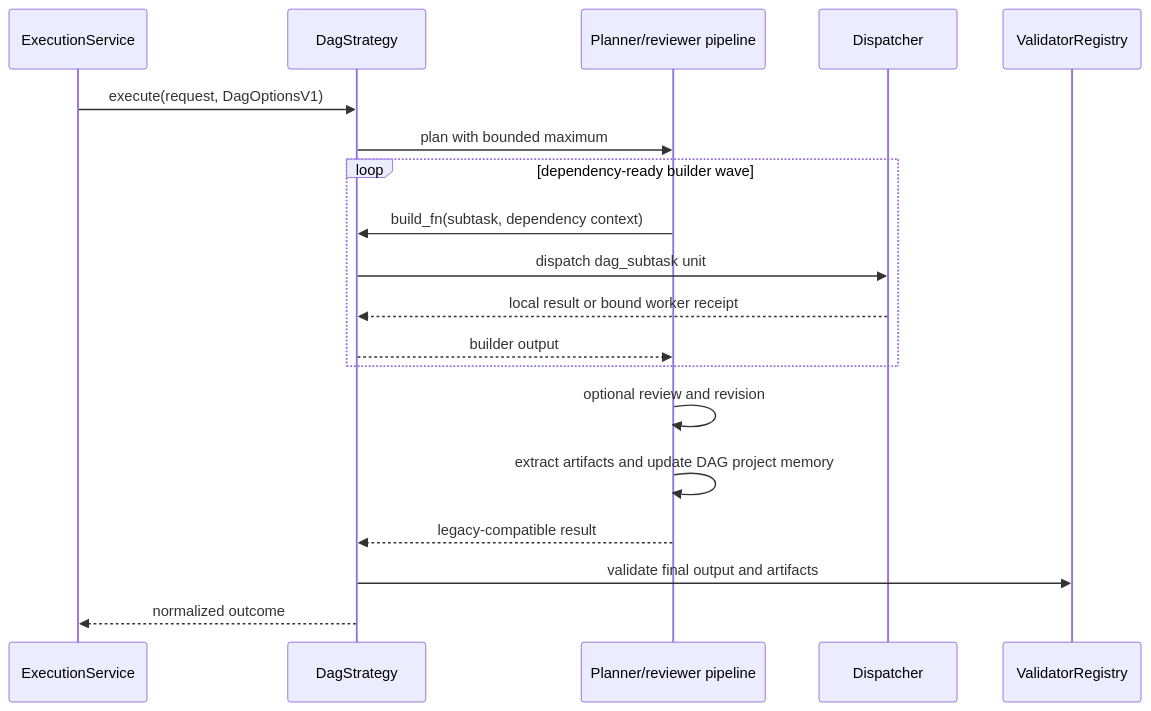
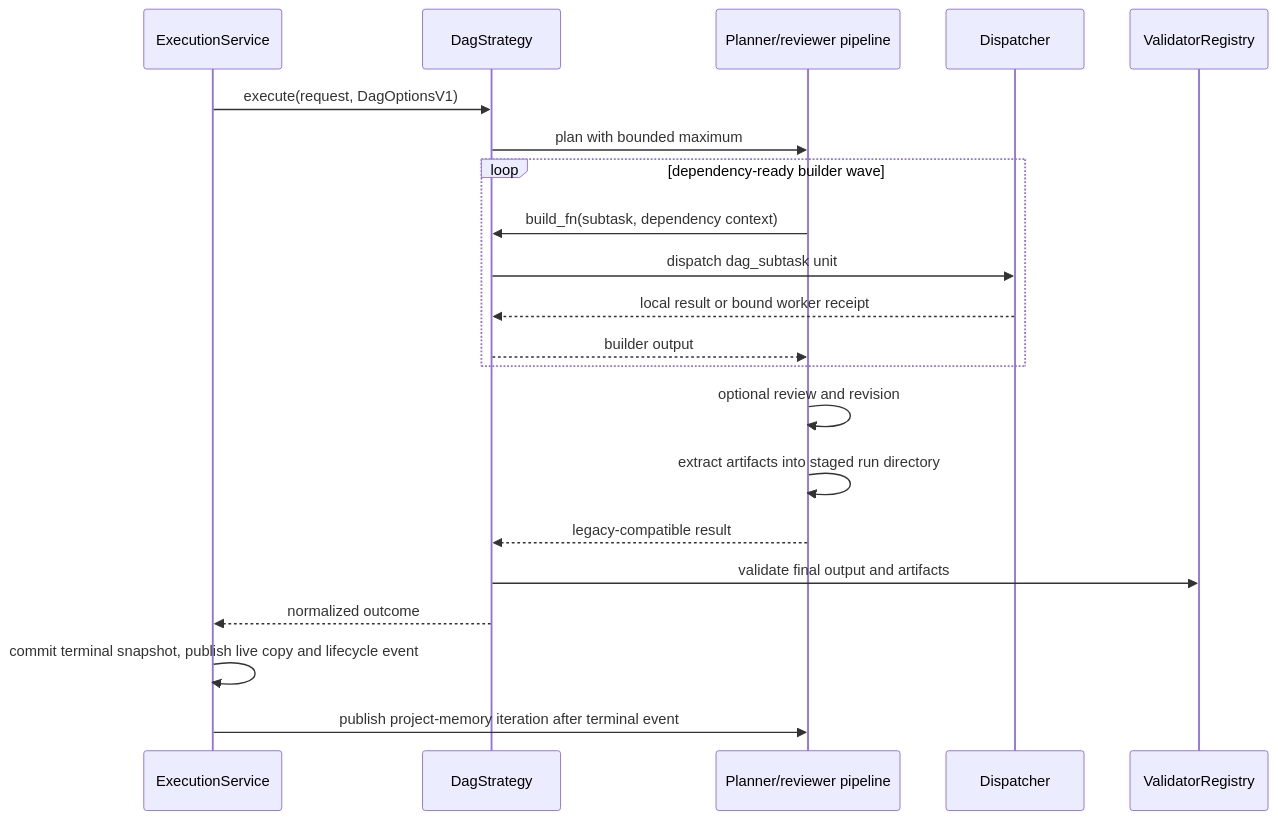
The third of 9 diagrams in docs/ARCHITECTURE.md (Jwrightsman/distributed-orchestrator), drawn with Mermaid before and after one commit. The commit also changed other lines of this file and 27 other files, not shown here.

````diff
--- a/docs/ARCHITECTURE.md
+++ b/docs/ARCHITECTURE.md
@@ -68,21 +98,23 @@
 ```mermaid
 sequenceDiagram
     participant S as ExecutionService
     participant D as DagStrategy
     participant P as Planner/reviewer pipeline
     participant X as Dispatcher
     participant V as ValidatorRegistry
     S->>D: execute(request, DagOptionsV1)
     D->>P: plan with bounded maximum
     loop dependency-ready builder wave
         P->>D: build_fn(subtask, dependency context)
         D->>X: dispatch dag_subtask unit
         X-->>D: local result or bound worker receipt
         D-->>P: builder output
     end
     P->>P: optional review and revision
-    P->>P: extract artifacts and update DAG project memory
+    P->>P: extract artifacts into staged run directory
     P-->>D: legacy-compatible result
     D->>V: validate final output and artifacts
     D-->>S: normalized outcome
+    S->>S: commit terminal snapshot, publish live copy and lifecycle event
+    S->>P: publish project-memory iteration after terminal event
 ```
````
